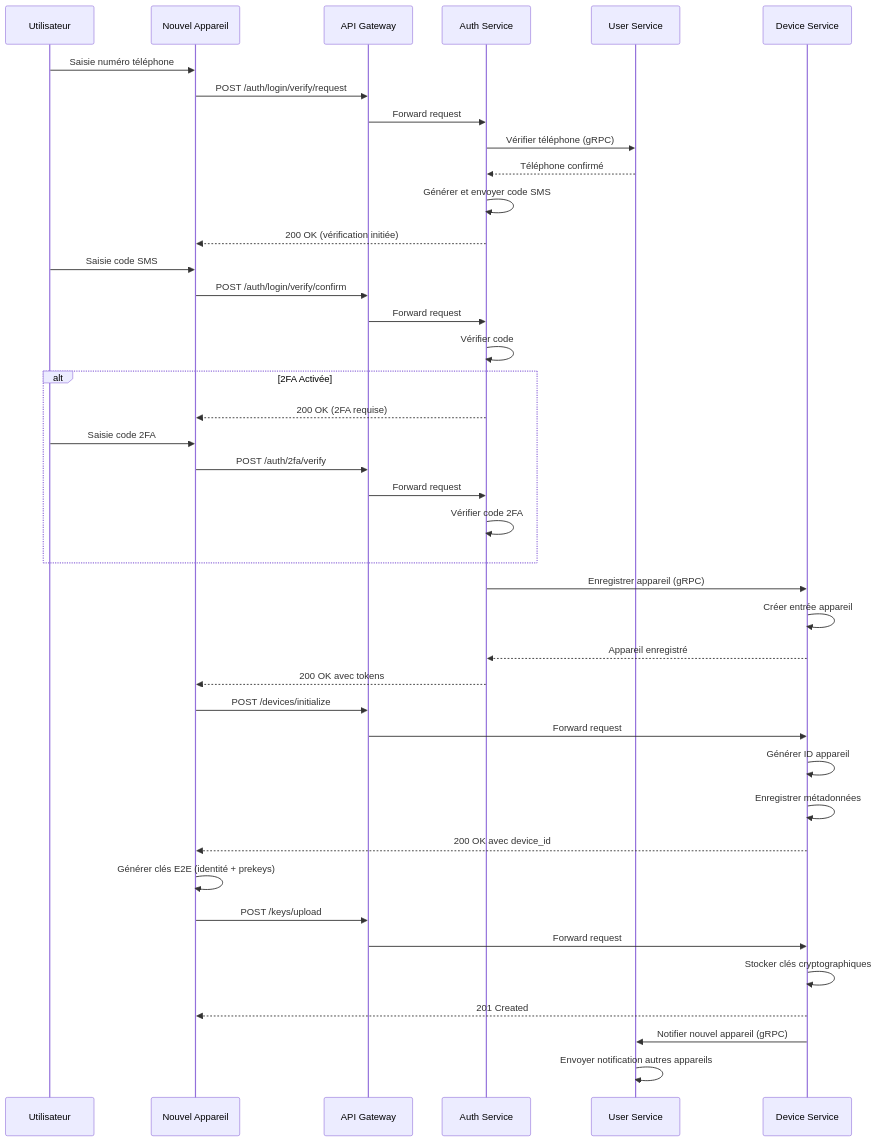
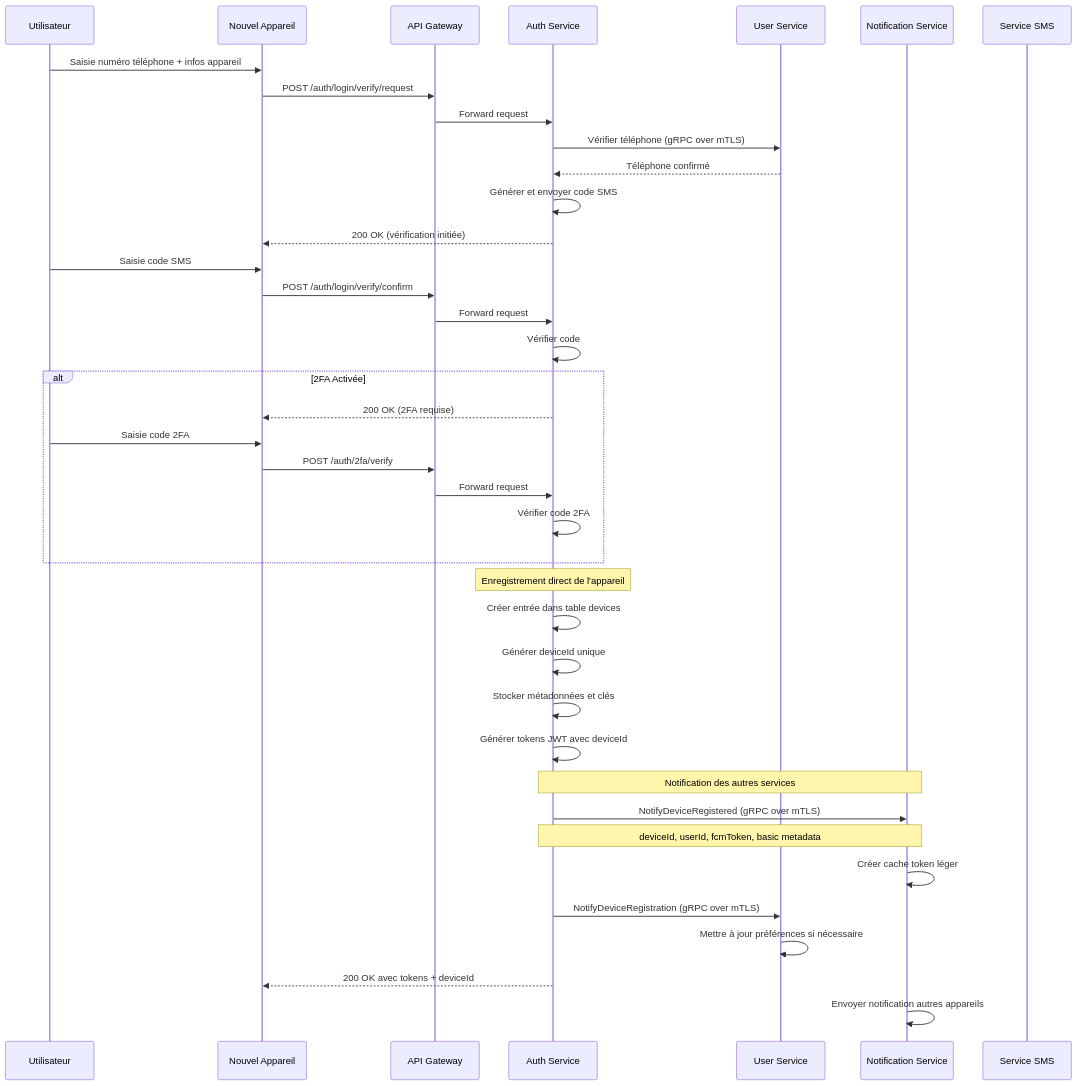
One commit to whispr-messenger/auth-service changed the second of 10 diagrams in documentation/2_fonctional_specs/3_devices_management.md. Above: the diagram before and after it, drawn with Mermaid. The commit also changed other lines of this file and 4 other files, not shown here.

Commit message:
📝 Update devices data managed by auth service

````diff
--- a/documentation/2_fonctional_specs/3_devices_management.md
+++ b/documentation/2_fonctional_specs/3_devices_management.md
@@ -37,50 +135,48 @@
 ```mermaid
 sequenceDiagram
     participant User as Utilisateur
     participant NewDevice as Nouvel Appareil
     participant APIGateway as API Gateway
     participant AuthService as Auth Service
     participant UserService as User Service
-    participant DeviceService as Device Service
+    participant NotificationService as Notification Service
+    participant ExternalSMS as Service SMS
     
-    User->>NewDevice: Saisie numéro téléphone
+    User->>NewDevice: Saisie numéro téléphone + infos appareil
     NewDevice->>APIGateway: POST /auth/login/verify/request
     APIGateway->>AuthService: Forward request
-    AuthService->>UserService: Vérifier téléphone (gRPC)
+    AuthService->>UserService: Vérifier téléphone (gRPC over mTLS)
     UserService-->>AuthService: Téléphone confirmé
     AuthService->>AuthService: Générer et envoyer code SMS
     AuthService-->>NewDevice: 200 OK (vérification initiée)
     
     User->>NewDevice: Saisie code SMS
     NewDevice->>APIGateway: POST /auth/login/verify/confirm
     APIGateway->>AuthService: Forward request
     AuthService->>AuthService: Vérifier code
     
     alt 2FA Activée
         AuthService-->>NewDevice: 200 OK (2FA requise)
         User->>NewDevice: Saisie code 2FA
         NewDevice->>APIGateway: POST /auth/2fa/verify
         APIGateway->>AuthService: Forward request
         AuthService->>AuthService: Vérifier code 2FA
     end
     
-    AuthService->>DeviceService: Enregistrer appareil (gRPC)
-    DeviceService->>DeviceService: Créer entrée appareil
-    DeviceService-->>AuthService: Appareil enregistré
-    AuthService-->>NewDevice: 200 OK avec tokens
+    Note over AuthService: Enregistrement direct de l'appareil
+    AuthService->>AuthService: Créer entrée dans table devices
+    AuthService->>AuthService: Générer deviceId unique
+    AuthService->>AuthService: Stocker métadonnées et clés
+    AuthService->>AuthService: Générer tokens JWT avec deviceId
     
-    NewDevice->>APIGateway: POST /devices/initialize
-    APIGateway->>DeviceService: Forward request
-    DeviceService->>DeviceService: Générer ID appareil
-    DeviceService->>DeviceService: Enregistrer métadonnées
-    DeviceService-->>NewDevice: 200 OK avec device_id
+    Note over AuthService,NotificationService: Notification des autres services
+    AuthService->>NotificationService: NotifyDeviceRegistered (gRPC over mTLS)
+    Note over AuthService,NotificationService: deviceId, userId, fcmToken, basic metadata
+    NotificationService->>NotificationService: Créer cache token léger
     
-    NewDevice->>NewDevice: Générer clés E2E (identité + prekeys)
-    NewDevice->>APIGateway: POST /keys/upload
-    APIGateway->>DeviceService: Forward request
-    DeviceService->>DeviceService: Stocker clés cryptographiques
-    DeviceService-->>NewDevice: 201 Created
+    AuthService->>UserService: NotifyDeviceRegistration (gRPC over mTLS)
+    UserService->>UserService: Mettre à jour préférences si nécessaire
     
-    DeviceService->>UserService: Notifier nouvel appareil (gRPC)
-    UserService->>UserService: Envoyer notification autres appareils
+    AuthService-->>NewDevice: 200 OK avec tokens + deviceId
+    NotificationService->>NotificationService: Envoyer notification autres appareils
 ```
````
